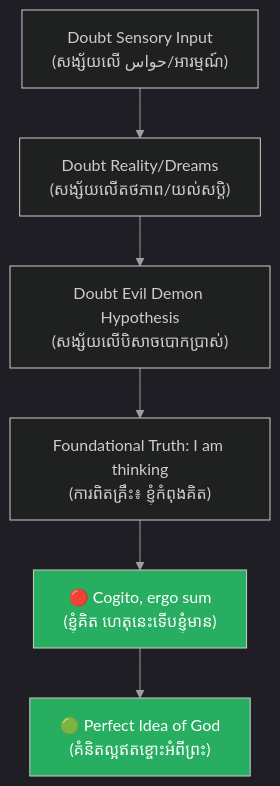
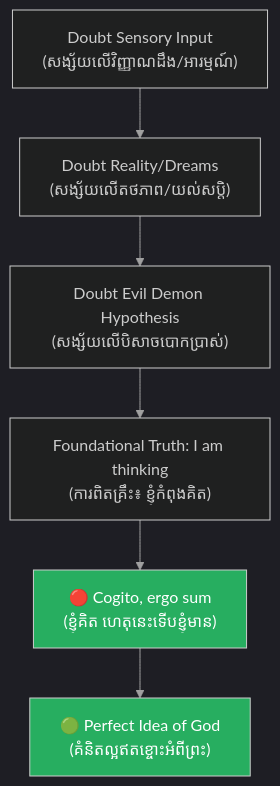
The diagram in books/philosophy/discourse-on-the-method/03-cogito-ergo-sum-and-god.md (iblogger855/iblogger-books), drawn with Mermaid before and after one commit. The commit also changed 3 other files, not shown here.

````diff
--- a/books/philosophy/discourse-on-the-method/03-cogito-ergo-sum-and-god.md
+++ b/books/philosophy/discourse-on-the-method/03-cogito-ergo-sum-and-god.md
@@ -28,23 +28,23 @@
 ```mermaid
 %%{init: {
   'theme': 'dark',
   'themeVariables': {
     'background': '#1e1e1e',
     'primaryTextColor': '#ffffff',
     'lineColor': '#a0a0a0',
     'actorBkg': '#2c3e50',
     'actorBorder': '#34495e',
     'actorTextColor': '#ffffff'
   },
   'themeCSS': 'svg { background-color: #1e1e1e !important; padding: 1rem !important; border-radius: 8px !important; } .edgeLabel rect { fill: #1e1e1e !important; } text, tspan { fill: #ffffff !important; }'
 }}%%
 graph TD
-    A["Doubt Sensory Input<br/>(សង្ស័យលើ حواس/អារម្មណ៍)"] --> B["Doubt Reality/Dreams<br/>(សង្ស័យលើតថភាព/យល់សប្តិ)"]
+    A["Doubt Sensory Input<br/>(សង្ស័យលើវិញ្ញាណដឹង/អារម្មណ៍)"] --> B["Doubt Reality/Dreams<br/>(សង្ស័យលើតថភាព/យល់សប្តិ)"]
     B --> C["Doubt Evil Demon Hypothesis<br/>(សង្ស័យលើបិសាចបោកប្រាស់)"]
     C --> D["Foundational Truth: I am thinking<br/>(ការពិតគ្រឹះ៖ ខ្ញុំកំពុងគិត)"]
     D --> E["🔴 Cogito, ergo sum<br/>(ខ្ញុំគិត ហេតុនេះទើបខ្ញុំមាន)"]
     E --> F["🟢 Perfect Idea of God<br/>(គំនិតល្អឥតខ្ចោះអំពីព្រះ)"]
 
     style E fill:#27ae60,color:#fff
     style F fill:#27ae60,color:#fff
 ```
````
